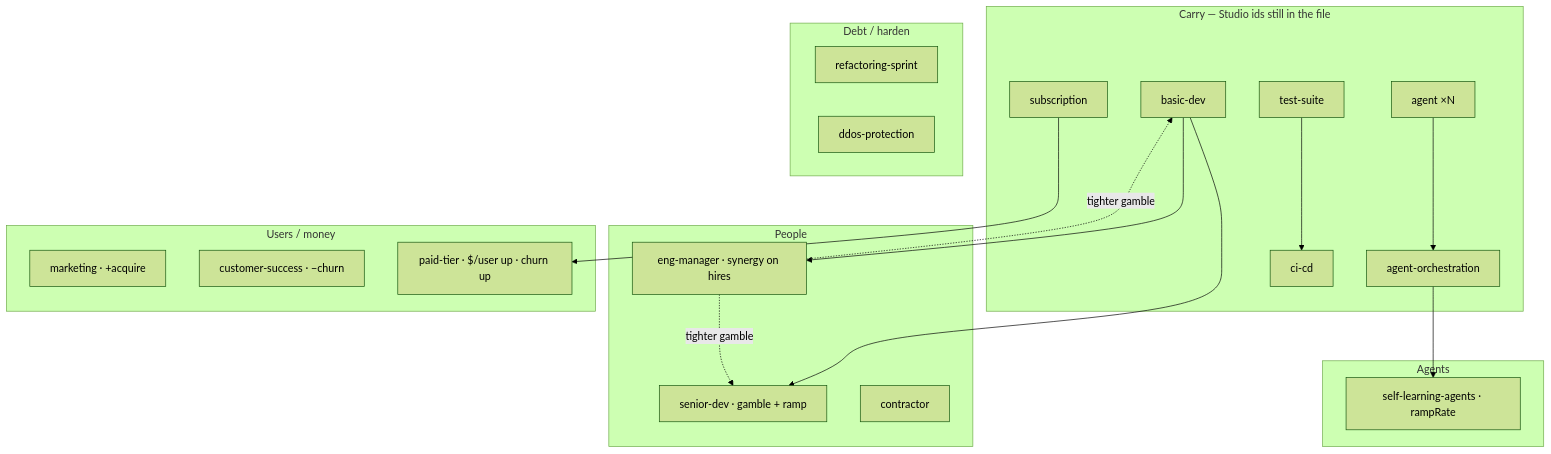
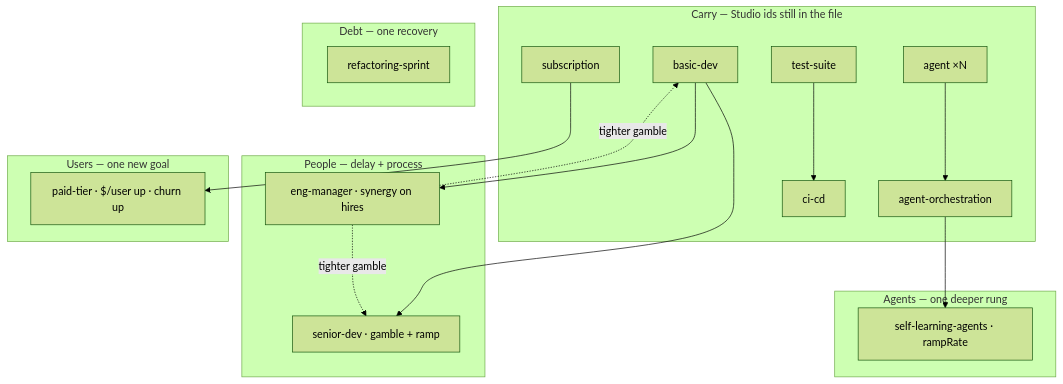
The second of 2 diagrams in docs/superpowers/specs/2026-08-14-company-era-brainstorm.md (anne-markis/software-factory-the-game), drawn with Mermaid (forest theme) before and after one commit. The commit also changed other lines of this file and 4 other files, not shown here.

````diff
--- a/docs/superpowers/specs/2026-08-14-company-era-brainstorm.md
+++ b/docs/superpowers/specs/2026-08-14-company-era-brainstorm.md
@@ -286,40 +323,36 @@
 ```mermaid
 flowchart TB
   subgraph carry["Carry — Studio ids still in the file"]
     agent[agent ×N]
     orch[agent-orchestration]
     hire[basic-dev]
     test[test-suite]
     cicd[ci-cd]
     sub[subscription]
     agent --> orch
     test --> cicd
   end
 
-  subgraph people["People"]
+  subgraph people["People — delay + process"]
     senior[senior-dev · gamble + ramp]
-    contractor[contractor]
     mgr[eng-manager · synergy on hires]
     hire --> senior
     hire --> mgr
     mgr -.->|tighter gamble| hire
     mgr -.->|tighter gamble| senior
   end
 
-  subgraph agents["Agents"]
+  subgraph agents["Agents — one deeper rung"]
     sla[self-learning-agents · rampRate]
     orch --> sla
   end
 
-  subgraph product["Users / money"]
-    mkt[marketing · +acquire]
-    cs[customer-success · −churn]
+  subgraph product["Users — one new goal"]
     tier[paid-tier · $/user up · churn up]
     sub --> tier
   end
 
-  subgraph debt["Debt / harden"]
+  subgraph debt["Debt — one recovery"]
     refactor[refactoring-sprint]
-    ddos[ddos-protection]
   end
 ```
````
